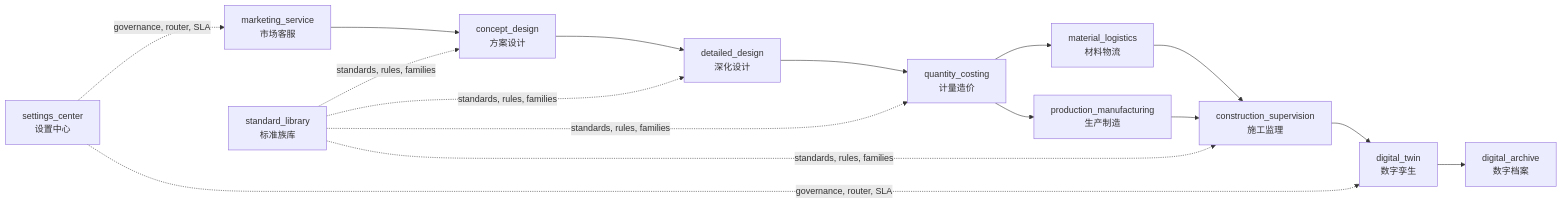
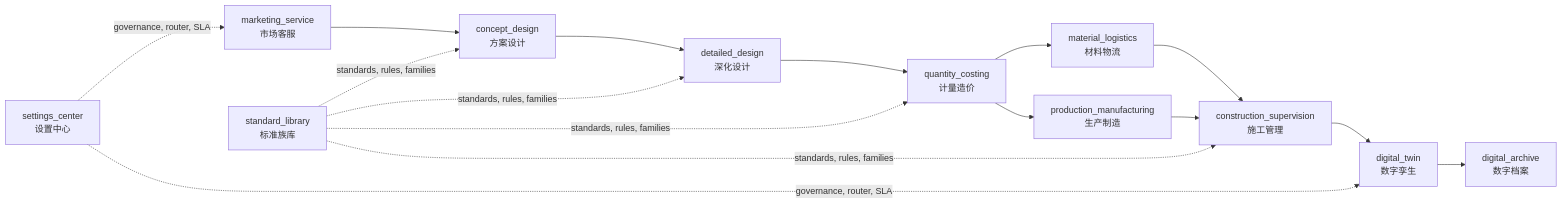
The second of 12 diagrams in docs/04_ARCHITOKEN_PANORAMA.md (ActiveInAI/ArchIToken), drawn with Mermaid before and after one commit. The commit also changed 51 other files, not shown here.

````diff
--- a/docs/04_ARCHITOKEN_PANORAMA.md
+++ b/docs/04_ARCHITOKEN_PANORAMA.md
@@ -45,31 +45,31 @@
 ```mermaid
 flowchart LR
   M1["marketing_service<br/>市场客服"]
   M2["concept_design<br/>方案设计"]
   M3["standard_library<br/>标准族库"]
   M4["detailed_design<br/>深化设计"]
   M5["quantity_costing<br/>计量造价"]
   M6["material_logistics<br/>材料物流"]
   M7["production_manufacturing<br/>生产制造"]
-  M8["construction_supervision<br/>施工监理"]
+  M8["construction_supervision<br/>施工管理"]
   M9["digital_twin<br/>数字孪生"]
   M10["digital_archive<br/>数字档案"]
   M11["settings_center<br/>设置中心"]
 
   M1 --> M2
   M2 --> M4
   M4 --> M5
   M5 --> M6
   M5 --> M7
   M6 --> M8
   M7 --> M8
   M8 --> M9
   M9 --> M10
 
   M3 -. standards, rules, families .-> M2
   M3 -. standards, rules, families .-> M4
   M3 -. standards, rules, families .-> M5
   M3 -. standards, rules, families .-> M8
   M11 -. governance, router, SLA .-> M1
   M11 -. governance, router, SLA .-> M9
 ```
````
